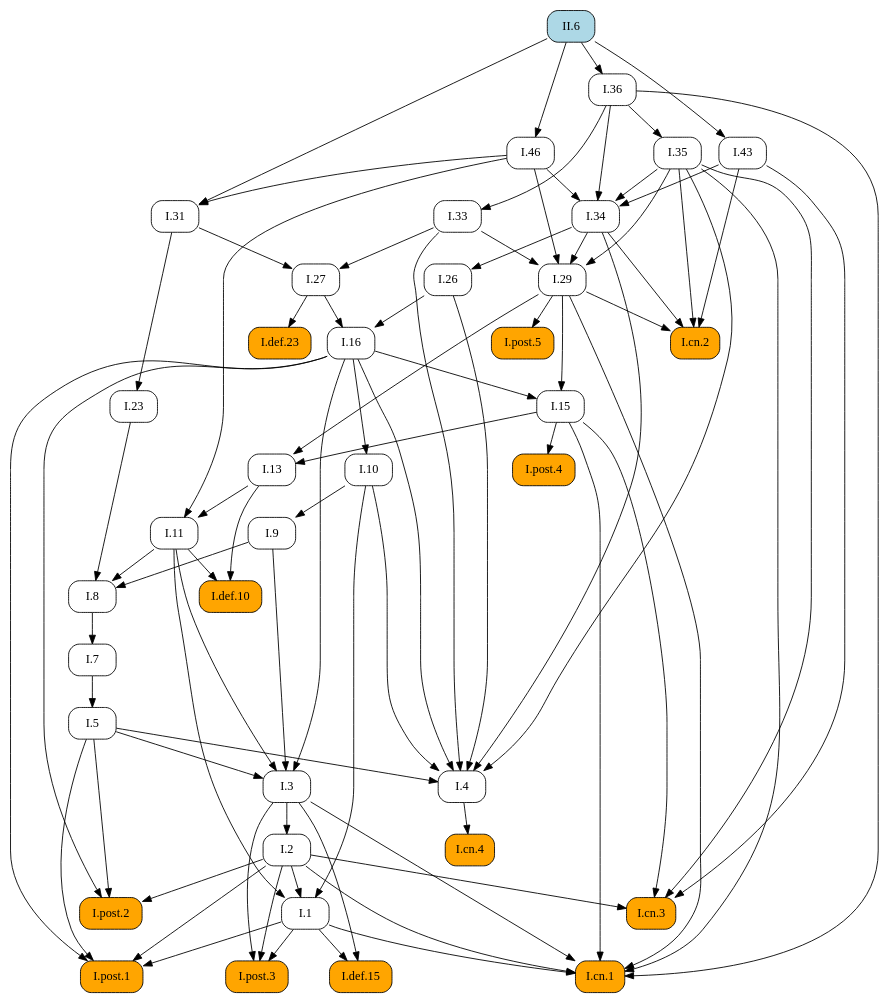
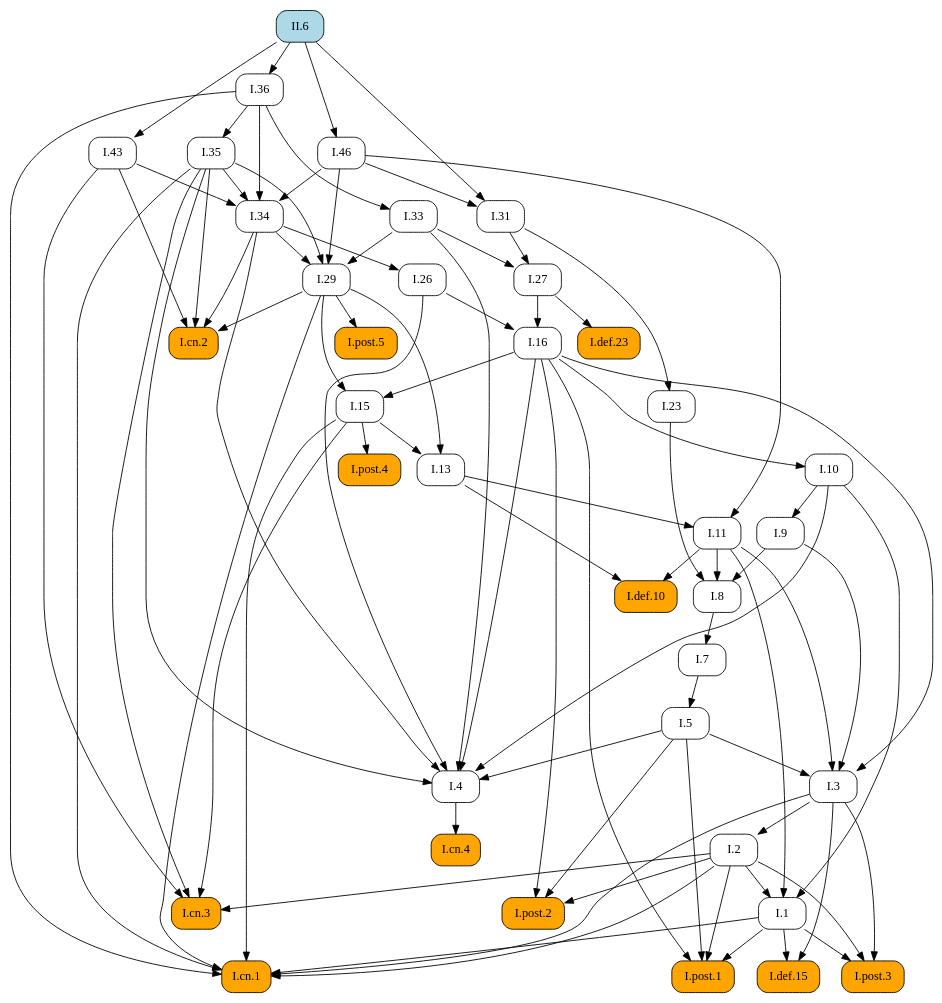
One commit to geometor/elements changed the diagram in docsrc/heath/II/6/index.rst. Above: the diagram before and after it, drawn with Graphviz. The commit also changed other lines of this file and 1029 other files, not shown here.

```diff
--- a/docsrc/heath/II/6/index.rst
+++ b/docsrc/heath/II/6/index.rst
@@ -80,88 +80,98 @@
    digraph {
      rankdir="TB";
      node [shape=box, style=rounded];
+     "I.def.10" [style="rounded,filled", fillcolor=orange, URL="/heath/I/def.10/", target="_top"];
+     "I.11" [URL="/heath/I/11/", target="_top"];
+     "I.post.4" [style="rounded,filled", fillcolor=orange, URL="/heath/I/post.4/", target="_top"];
+     "I.1" [URL="/heath/I/1/", target="_top"];
+     "I.26" [URL="/heath/I/26/", target="_top"];
+     "I.29" [URL="/heath/I/29/", target="_top"];
+     "I.cn.2" [style="rounded,filled", fillcolor=orange, URL="/heath/I/cn.2/", target="_top"];
+     "I.def.15" [style="rounded,filled", fillcolor=orange, URL="/heath/I/def.15/", target="_top"];
+     "I.post.3" [style="rounded,filled", fillcolor=orange, URL="/heath/I/post.3/", target="_top"];
+     "I.cn.1" [style="rounded,filled", fillcolor=orange, URL="/heath/I/cn.1/", target="_top"];
      "I.cn.3" [style="rounded,filled", fillcolor=orange, URL="/heath/I/cn.3/", target="_top"];
-     "I.29" [URL="/heath/I/29/", target="_top"];
+     "I.23" [URL="/heath/I/23/", target="_top"];
+     "I.43" [URL="/heath/I/43/", target="_top"];
+     "I.post.1" [style="rounded,filled", fillcolor=orange, URL="/heath/I/post.1/", target="_top"];
+     "I.35" [URL="/heath/I/35/", target="_top"];
+     "I.36" [URL="/heath/I/36/", target="_top"];
+     "I.27" [URL="/heath/I/27/", target="_top"];
+     "I.46" [URL="/heath/I/46/", target="_top"];
      "I.7" [URL="/heath/I/7/", target="_top"];
-     "I.27" [URL="/heath/I/27/", target="_top"];
+     "I.34" [URL="/heath/I/34/", target="_top"];
+     "I.3" [URL="/heath/I/3/", target="_top"];
+     "I.2" [URL="/heath/I/2/", target="_top"];
      "I.def.23" [style="rounded,filled", fillcolor=orange, URL="/heath/I/def.23/", target="_top"];
-     "I.34" [URL="/heath/I/34/", target="_top"];
+     "I.4" [URL="/heath/I/4/", target="_top"];
+     "II.6" [style="rounded,filled", fillcolor=lightblue, URL="/heath/II/6/", target="_top"];
+     "I.13" [URL="/heath/I/13/", target="_top"];
+     "I.33" [URL="/heath/I/33/", target="_top"];
+     "I.31" [URL="/heath/I/31/", target="_top"];
+     "I.post.2" [style="rounded,filled", fillcolor=orange, URL="/heath/I/post.2/", target="_top"];
+     "I.16" [URL="/heath/I/16/", target="_top"];
+     "I.9" [URL="/heath/I/9/", target="_top"];
      "I.8" [URL="/heath/I/8/", target="_top"];
-     "I.9" [URL="/heath/I/9/", target="_top"];
-     "I.post.4" [style="rounded,filled", fillcolor=orange, URL="/heath/I/post.4/", target="_top"];
-     "I.2" [URL="/heath/I/2/", target="_top"];
-     "I.def.15" [style="rounded,filled", fillcolor=orange, URL="/heath/I/def.15/", target="_top"];
-     "I.1" [URL="/heath/I/1/", target="_top"];
-     "I.post.1" [style="rounded,filled", fillcolor=orange, URL="/heath/I/post.1/", target="_top"];
      "I.cn.4" [style="rounded,filled", fillcolor=orange, URL="/heath/I/cn.4/", target="_top"];
-     "I.26" [URL="/heath/I/26/", target="_top"];
-     "I.33" [URL="/heath/I/33/", target="_top"];
-     "I.23" [URL="/heath/I/23/", target="_top"];
-     "I.13" [URL="/heath/I/13/", target="_top"];
-     "I.cn.2" [style="rounded,filled", fillcolor=orange, URL="/heath/I/cn.2/", target="_top"];
+     "I.15" [URL="/heath/I/15/", target="_top"];
+     "I.post.5" [style="rounded,filled", fillcolor=orange, URL="/heath/I/post.5/", target="_top"];
+     "I.10" [URL="/heath/I/10/", target="_top"];
      "I.5" [URL="/heath/I/5/", target="_top"];
-     "I.11" [URL="/heath/I/11/", target="_top"];
-     "I.10" [URL="/heath/I/10/", target="_top"];
-     "I.4" [URL="/heath/I/4/", target="_top"];
-     "I.3" [URL="/heath/I/3/", target="_top"];
-     "I.16" [URL="/heath/I/16/", target="_top"];
-     "I.31" [URL="/heath/I/31/", target="_top"];
-     "I.43" [URL="/heath/I/43/", target="_top"];
-     "I.def.10" [style="rounded,filled", fillcolor=orange, URL="/heath/I/def.10/", target="_top"];
-     "I.46" [URL="/heath/I/46/", target="_top"];
-     "I.post.2" [style="rounded,filled", fillcolor=orange, URL="/heath/I/post.2/", target="_top"];
-     "I.post.3" [style="rounded,filled", fillcolor=orange, URL="/heath/I/post.3/", target="_top"];
-     "I.post.5" [style="rounded,filled", fillcolor=orange, URL="/heath/I/post.5/", target="_top"];
-     "I.36" [URL="/heath/I/36/", target="_top"];
-     "I.35" [URL="/heath/I/35/", target="_top"];
-     "II.6" [style="rounded,filled", fillcolor=lightblue, URL="/heath/II/6/", target="_top"];
-     "I.15" [URL="/heath/I/15/", target="_top"];
-     "I.cn.1" [style="rounded,filled", fillcolor=orange, URL="/heath/I/cn.1/", target="_top"];
+     "I.11" -> "I.def.10";
+     "I.13" -> "I.def.10";
+     "I.13" -> "I.11";
+     "I.46" -> "I.11";
+     "I.15" -> "I.post.4";
+     "I.2" -> "I.1";
+     "I.10" -> "I.1";
+     "I.11" -> "I.1";
+     "I.34" -> "I.26";
+     "I.33" -> "I.29";
+     "I.34" -> "I.29";
+     "I.35" -> "I.29";
+     "I.46" -> "I.29";
+     "I.29" -> "I.cn.2";
+     "I.34" -> "I.cn.2";
+     "I.35" -> "I.cn.2";
+     "I.43" -> "I.cn.2";
+     "I.1" -> "I.def.15";
+     "I.3" -> "I.def.15";
+     "I.1" -> "I.post.3";
+     "I.2" -> "I.post.3";
+     "I.3" -> "I.post.3";
+     "I.1" -> "I.cn.1";
+     "I.2" -> "I.cn.1";
+     "I.3" -> "I.cn.1";
+     "I.15" -> "I.cn.1";
+     "I.29" -> "I.cn.1";
+     "I.35" -> "I.cn.1";
+     "I.36" -> "I.cn.1";
      "I.2" -> "I.cn.3";
      "I.15" -> "I.cn.3";
      "I.35" -> "I.cn.3";
      "I.43" -> "I.cn.3";
-     "I.33" -> "I.29";
-     "I.34" -> "I.29";
-     "I.35" -> "I.29";
-     "I.46" -> "I.29";
-     "I.8" -> "I.7";
+     "I.31" -> "I.23";
+     "II.6" -> "I.43";
+     "I.1" -> "I.post.1";
+     "I.2" -> "I.post.1";
+     "I.5" -> "I.post.1";
+     "I.16" -> "I.post.1";
+     "I.36" -> "I.35";
+     "II.6" -> "I.36";
      "I.31" -> "I.27";
      "I.33" -> "I.27";
-     "I.27" -> "I.def.23";
+     "II.6" -> "I.46";
+     "I.8" -> "I.7";
      "I.35" -> "I.34";
      "I.36" -> "I.34";
      "I.43" -> "I.34";
      "I.46" -> "I.34";
-     "I.9" -> "I.8";
-     "I.11" -> "I.8";
-     "I.23" -> "I.8";
-     "I.10" -> "I.9";
-     "I.15" -> "I.post.4";
+     "I.5" -> "I.3";
+     "I.9" -> "I.3";
+     "I.11" -> "I.3";
+     "I.16" -> "I.3";
      "I.3" -> "I.2";
-     "I.1" -> "I.def.15";
-     "I.3" -> "I.def.15";
-     "I.2" -> "I.1";
-     "I.10" -> "I.1";
-     "I.11" -> "I.1";
-     "I.1" -> "I.post.1";
-     "I.2" -> "I.post.1";
-     "I.5" -> "I.post.1";
-     "I.16" -> "I.post.1";
-     "I.4" -> "I.cn.4";
-     "I.34" -> "I.26";
-     "I.36" -> "I.33";
-     "I.31" -> "I.23";
-     "I.15" -> "I.13";
-     "I.29" -> "I.13";
-     "I.29" -> "I.cn.2";
-     "I.34" -> "I.cn.2";
-     "I.35" -> "I.cn.2";
-     "I.43" -> "I.cn.2";
-     "I.7" -> "I.5";
-     "I.13" -> "I.11";
-     "I.46" -> "I.11";
-     "I.16" -> "I.10";
+     "I.27" -> "I.def.23";
      "I.5" -> "I.4";
      "I.10" -> "I.4";
      "I.16" -> "I.4";
@@ -169,34 +179,24 @@
      "I.33" -> "I.4";
      "I.34" -> "I.4";
      "I.35" -> "I.4";
-     "I.5" -> "I.3";
-     "I.9" -> "I.3";
-     "I.11" -> "I.3";
-     "I.16" -> "I.3";
-     "I.26" -> "I.16";
-     "I.27" -> "I.16";
+     "I.15" -> "I.13";
+     "I.29" -> "I.13";
+     "I.36" -> "I.33";
      "I.46" -> "I.31";
      "II.6" -> "I.31";
-     "II.6" -> "I.43";
-     "I.11" -> "I.def.10";
-     "I.13" -> "I.def.10";
-     "II.6" -> "I.46";
      "I.2" -> "I.post.2";
      "I.5" -> "I.post.2";
      "I.16" -> "I.post.2";
-     "I.1" -> "I.post.3";
-     "I.2" -> "I.post.3";
-     "I.3" -> "I.post.3";
-     "I.29" -> "I.post.5";
-     "II.6" -> "I.36";
-     "I.36" -> "I.35";
+     "I.26" -> "I.16";
+     "I.27" -> "I.16";
+     "I.10" -> "I.9";
+     "I.9" -> "I.8";
+     "I.11" -> "I.8";
+     "I.23" -> "I.8";
+     "I.4" -> "I.cn.4";
      "I.16" -> "I.15";
      "I.29" -> "I.15";
-     "I.1" -> "I.cn.1";
-     "I.2" -> "I.cn.1";
-     "I.3" -> "I.cn.1";
-     "I.15" -> "I.cn.1";
-     "I.29" -> "I.cn.1";
-     "I.35" -> "I.cn.1";
-     "I.36" -> "I.cn.1";
+     "I.29" -> "I.post.5";
+     "I.16" -> "I.10";
+     "I.7" -> "I.5";
    }
```
